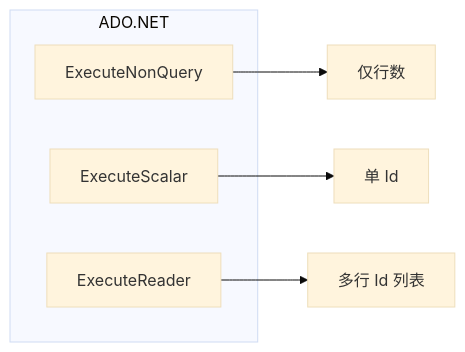
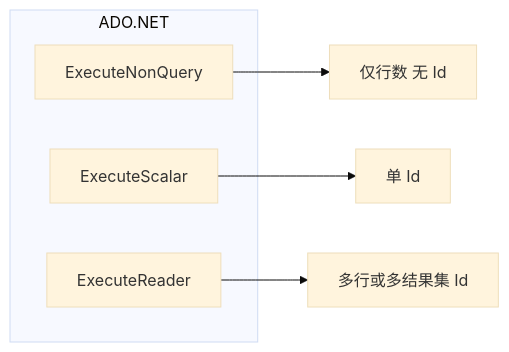
The second of 3 diagrams in doc/design/features/仓储/插入主键回填与应用发号.md (sailuosi/mooSQL), drawn with Mermaid (base theme) before and after one commit. The commit also changed other lines of this file, not shown here.

````diff
--- a/doc/design/features/仓储/插入主键回填与应用发号.md
+++ b/doc/design/features/仓储/插入主键回填与应用发号.md
@@ -124,11 +145,11 @@
 ```mermaid
 flowchart LR
   subgraph ado [ADO.NET]
     NQ[ExecuteNonQuery]
     SC[ExecuteScalar]
     RD[ExecuteReader]
   end
-  NQ --> RowsOnly[仅行数]
+  NQ --> RowsOnly[仅行数 无 Id]
   SC --> OneId[单 Id]
-  RD --> ManyIds[多行 Id 列表]
+  RD --> ManyIds[多行或多结果集 Id]
 ```
````
